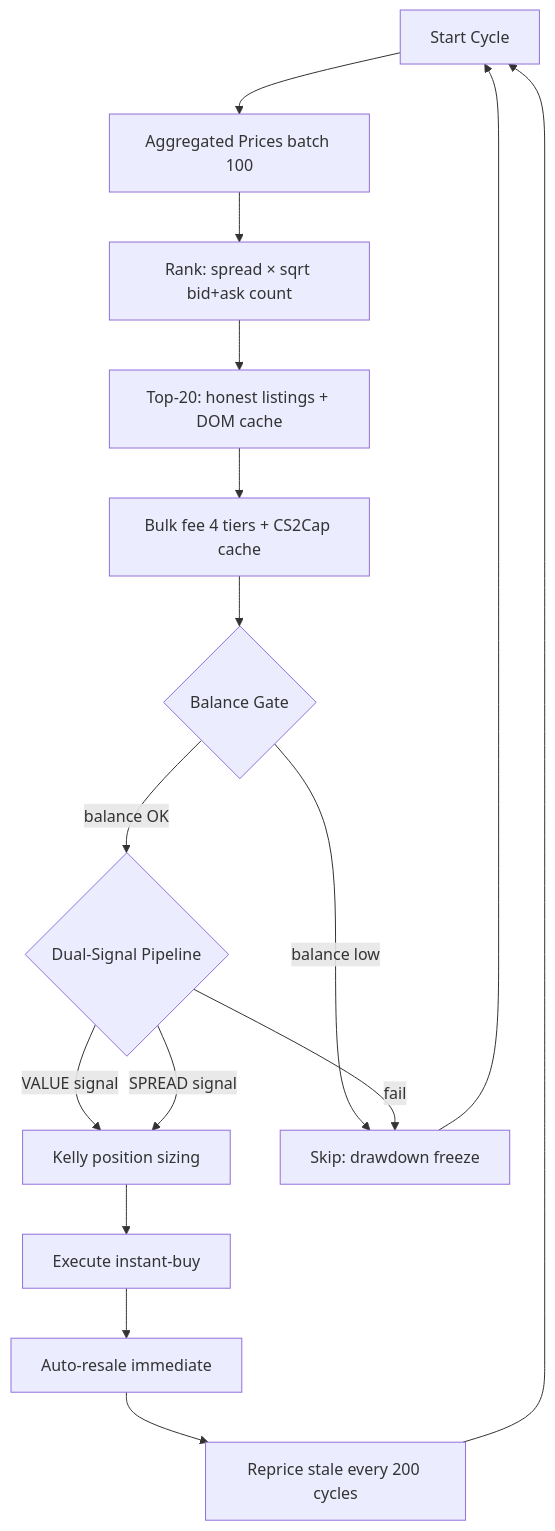
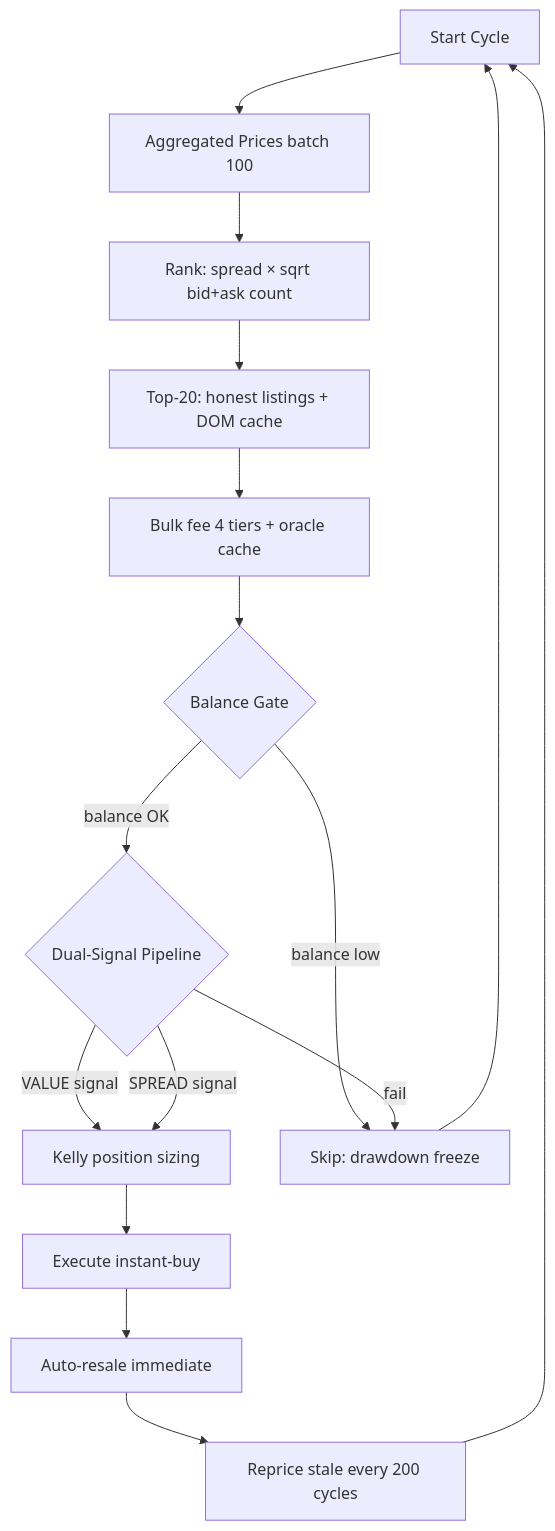
One commit to Dykij/Dmarket_bot changed the diagram in SYSTEM_FLOW.md. Above: the diagram before and after it, drawn with Mermaid. The commit also changed other lines of this file and 221 other files, not shown here.

````diff
--- a/SYSTEM_FLOW.md
+++ b/SYSTEM_FLOW.md
@@ -9,19 +9,19 @@
 ```mermaid
 graph TD
     A[Start Cycle] --> B[Aggregated Prices batch 100]
     B --> C[Rank: spread × sqrt bid+ask count]
     C --> D[Top-20: honest listings + DOM cache]
-    D --> E[Bulk fee 4 tiers + CS2Cap cache]
+    D --> E[Bulk fee 4 tiers + oracle cache]
     E --> F{Balance Gate}
     F -- balance OK --> G{Dual-Signal Pipeline}
     G -- VALUE signal --> H[Kelly position sizing]
     G -- SPREAD signal --> H
     H --> I[Execute instant-buy]
     I --> J[Auto-resale immediate]
     J --> K[Reprice stale every 200 cycles]
     K --> A
 
     F -- balance low --> L[Skip: drawdown freeze]
     G -- fail --> L
     L --> A
 ```
````
